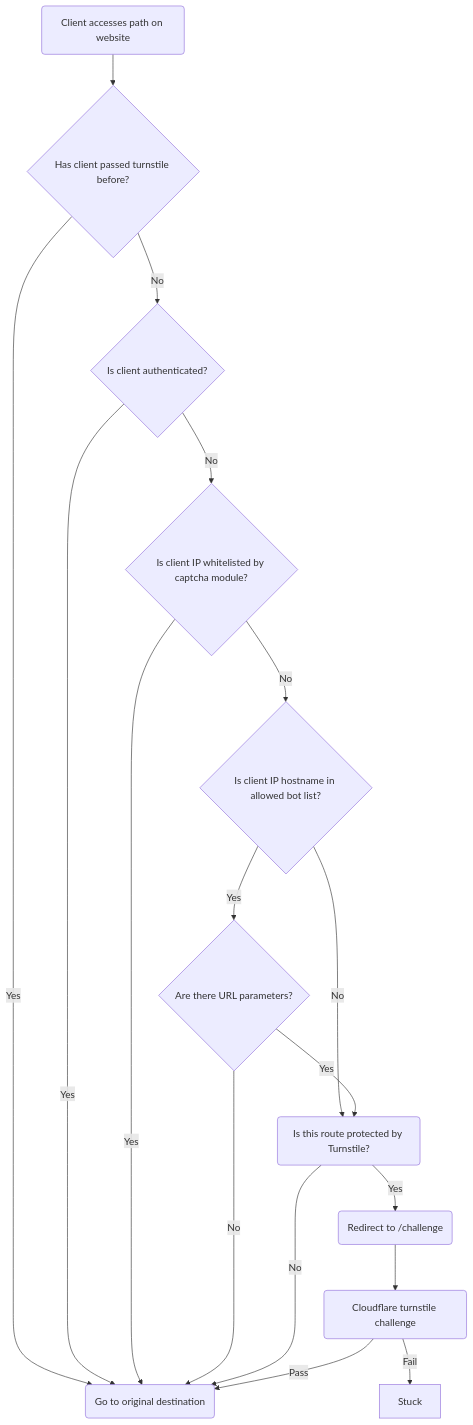
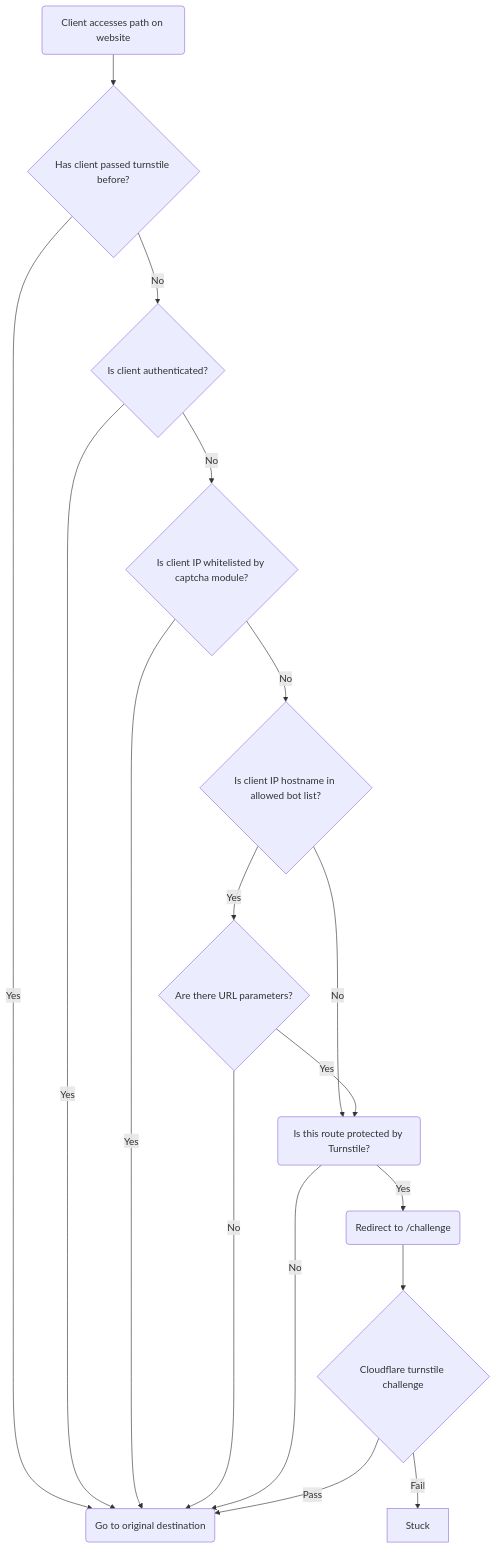
Before and after one commit to lehigh-university-libraries/turnstile_protect: the diagram in README.md, drawn with Mermaid.

Commit message:
Make turnstile a decision point

````diff
--- a/README.md
+++ b/README.md
@@ -11,19 +11,19 @@
 ```mermaid
 flowchart TD
     Client(Client accesses path on website) --> Cookie{Has client passed turnstile before?}
     Cookie -- Yes --> Continue(Go to original destination)
     Cookie -- No --> Authenticated{Is client authenticated?}
     Authenticated -- Yes --> Continue(Go to original destination)
     Authenticated -- No --> IP_BYPASS{Is client IP whitelisted by captcha module?}
     IP_BYPASS -- Yes --> Continue(Go to original destination)
     IP_BYPASS -- No --> GOOD_BOT{Is client IP hostname in allowed bot list?}
     GOOD_BOT -- No --> PROTECTED_ROUTE(Is this route protected by Turnstile?)
     GOOD_BOT -- Yes --> CANONICAL_URL_BOT{Are there URL parameters?}
     CANONICAL_URL_BOT -- Yes --> PROTECTED_ROUTE(Is this route protected by Turnstile?)
     CANONICAL_URL_BOT -- No --> Continue(Go to original destination)
     PROTECTED_ROUTE -- Yes --> REDIRECT(Redirect to /challenge)
     PROTECTED_ROUTE -- No --> Continue(Go to original destination)
-    REDIRECT --> CHALLENGE(Cloudflare turnstile challenge)
+    REDIRECT --> CHALLENGE{Cloudflare turnstile challenge}
     CHALLENGE -- Pass --> Continue(Go to original destination)
     CHALLENGE -- Fail --> Stuck
 ```
````
